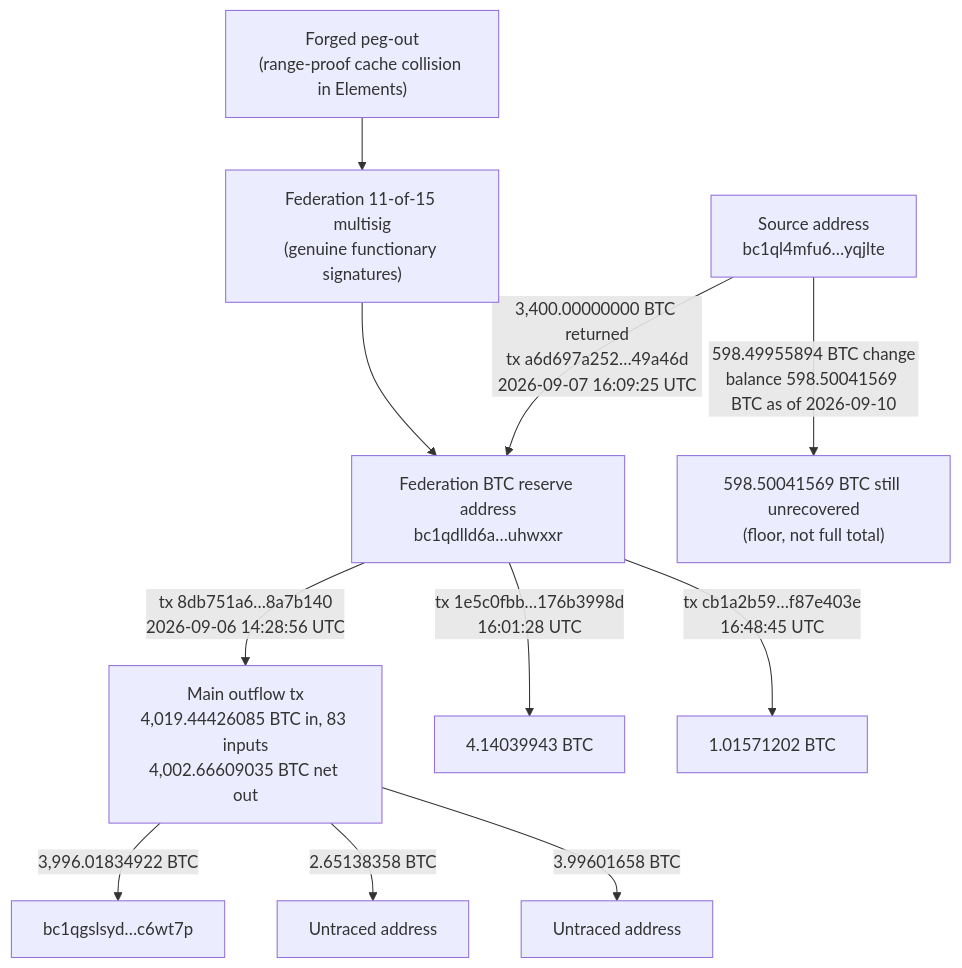
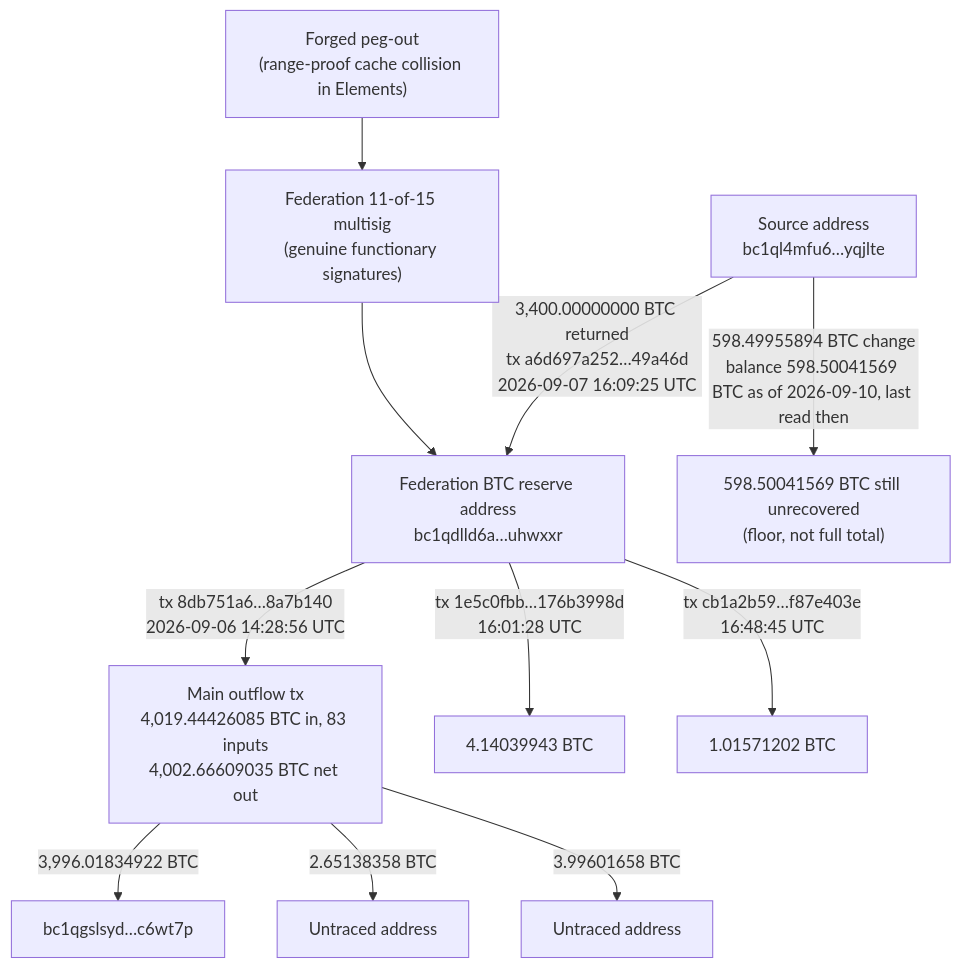
One commit to RealSpap/onchain-postmortems changed the diagram in incidents/liquid-rangeproof-cache/README.md. Above: the diagram before and after it, drawn with Mermaid. The commit also changed 11 other files, not shown here.

First line of the commit message:
Say when each statement was last read

````diff
--- a/incidents/liquid-rangeproof-cache/README.md
+++ b/incidents/liquid-rangeproof-cache/README.md
@@ -27,16 +27,16 @@
 ```mermaid
 flowchart TD
     A["Forged peg-out<br/>(range-proof cache collision in Elements)"] --> C["Federation 11-of-15 multisig<br/>(genuine functionary signatures)"]
     C --> D["Federation BTC reserve address<br/>bc1qdlld6a…uhwxxr"]
 
     D -->|"tx 8db751a6…8a7b140<br/>2026-09-06 14:28:56 UTC"| E["Main outflow tx<br/>4,019.44426085 BTC in, 83 inputs<br/>4,002.66609035 BTC net out"]
     D -->|"tx 1e5c0fbb…176b3998d<br/>16:01:28 UTC"| F["4.14039943 BTC"]
     D -->|"tx cb1a2b59…f87e403e<br/>16:48:45 UTC"| G["1.01571202 BTC"]
 
     E -->|"3,996.01834922 BTC"| H["bc1qgslsyd…c6wt7p"]
     E -->|"2.65138358 BTC"| I["Untraced address"]
     E -->|"3.99601658 BTC"| J["Untraced address"]
 
     K["Source address<br/>bc1ql4mfu6…yqjlte"] -->|"3,400.00000000 BTC returned<br/>tx a6d697a252…49a46d<br/>2026-09-07 16:09:25 UTC"| D
-    K -->|"598.49955894 BTC change<br/>balance 598.50041569 BTC as of 2026-09-10"| L["598.50041569 BTC still unrecovered<br/>(floor, not full total)"]
+    K -->|"598.49955894 BTC change<br/>balance 598.50041569 BTC as of 2026-09-10, last read then"| L["598.50041569 BTC still unrecovered<br/>(floor, not full total)"]
 ```
````
